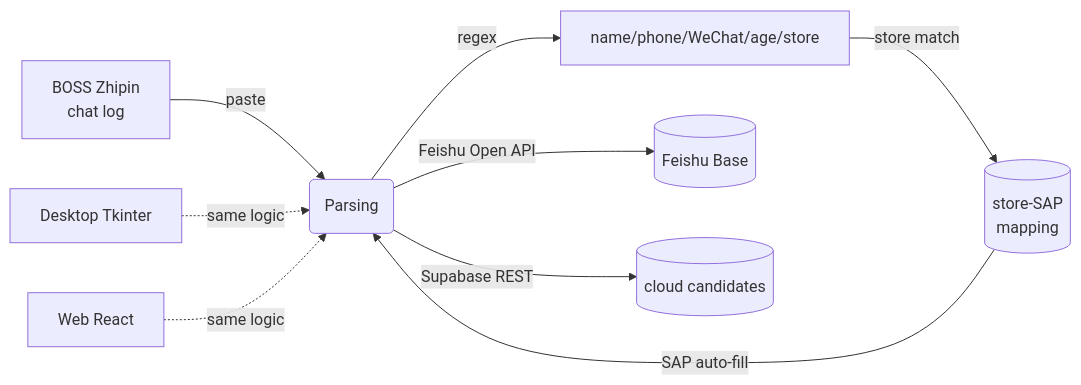
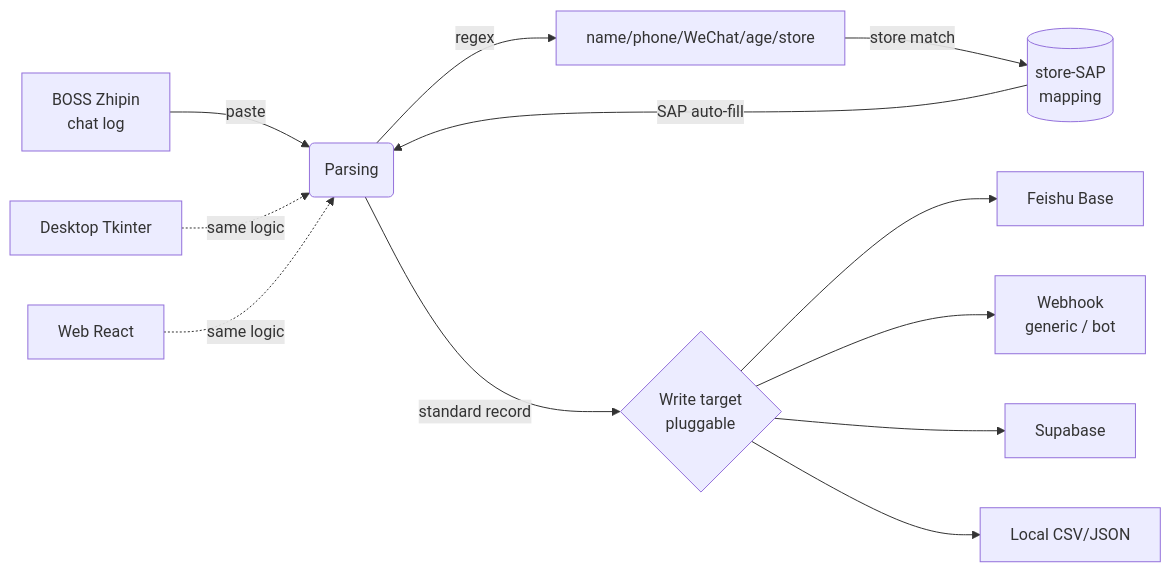
Before and after one commit to wang189327-wq/candidate-entry: the diagram in README.en.md, drawn with Mermaid. The commit also changed other lines of this file and 2 other files, not shown here.

First line of the commit message:
docs: 补充 CHANGELOG、双语 README 演示动线与截图

````diff
--- a/README.en.md
+++ b/README.en.md
@@ -56,11 +88,14 @@
 ```mermaid
 flowchart LR
     A[BOSS Zhipin<br/>chat log] -->|paste| B(Parsing)
     B -->|regex| C[name/phone/WeChat/age/store]
     C -->|store match| D[(store-SAP<br/>mapping)]
     D -->|SAP auto-fill| B
-    B -->|Feishu Open API| E[(Feishu Base)]
-    B -->|Supabase REST| F[(cloud candidates)]
-    G[Desktop Tkinter] -.same logic.-> B
-    H[Web React] -.same logic.-> B
+    B -->|standard record| T{Write target<br/>pluggable}
+    T --> E[Feishu Base]
+    T --> F[Webhook<br/>generic / bot]
+    T --> G[Supabase]
+    T --> I[Local CSV/JSON]
+    J[Desktop Tkinter] -.same logic.-> B
+    K[Web React] -.same logic.-> B
 ```
````
